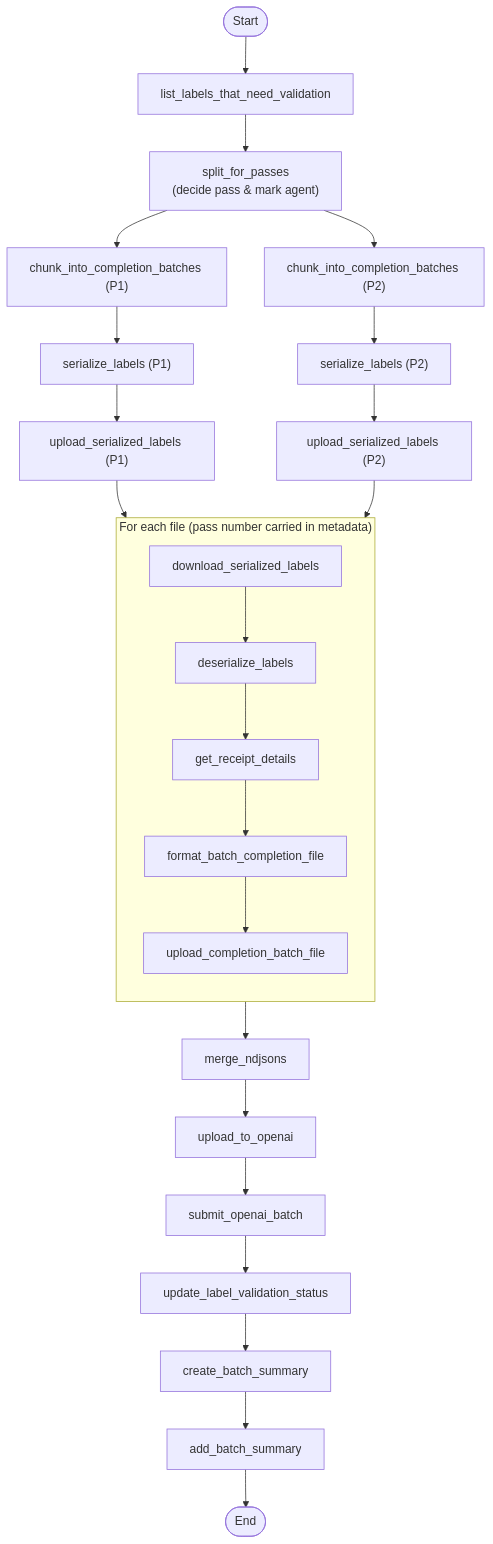
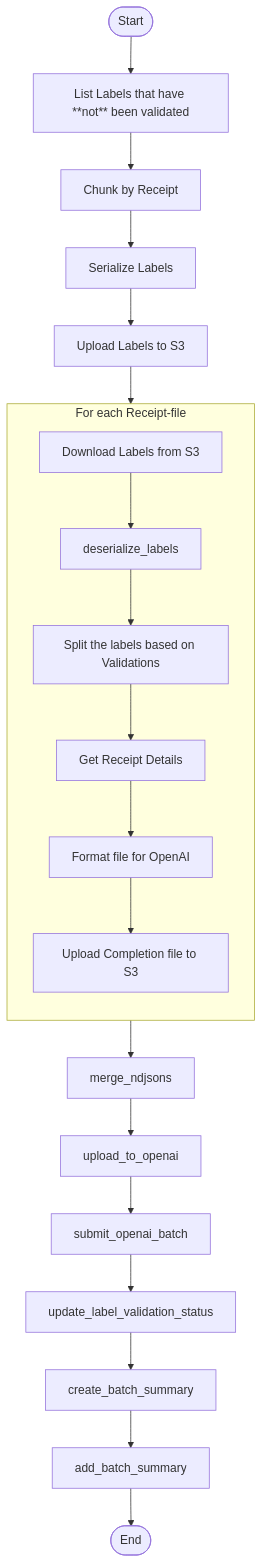
Before and after one commit to tnorlund/Portfolio: the diagram in receipt_label/receipt_label/submit_completion_batch/README.md, drawn with Mermaid. The commit also changed 6 other files, not shown here.

Commit message:
🔨 Starting second pass validation

````diff
--- a/receipt_label/receipt_label/submit_completion_batch/README.md
+++ b/receipt_label/receipt_label/submit_completion_batch/README.md
@@ -133,35 +133,28 @@
 ```mermaid
 flowchart TB
-    %% ───────── Stage 1  ─────────
-    Start([Start]) --> list_labels_that_need_validation
-    list_labels_that_need_validation --> split_for_passes["split_for_passes<br/>(decide pass & mark agent)"]
+    %% ───────── Stage 1 : List Labels that need Validation ─────────
+    Start([Start]) --> list_labels_that_need_validation["List Labels that have **not** been validated"]
+    list_labels_that_need_validation --> chunk_into_completion_batches["Chunk by Receipt"]
+    chunk_into_completion_batches --> serialize_labels["Serialize Labels"]
+    serialize_labels --> upload_serialized_labels["Upload Labels to S3"]
+    upload_serialized_labels --> PerReceiptMap
 
-    %% pass-1 path
-    split_for_passes --> chunk_p1["chunk_into_completion_batches (P1)"]
-    chunk_p1 --> serialize_p1["serialize_labels (P1)"]
-    serialize_p1 --> upload_p1["upload_serialized_labels (P1)"]
-
-    %% pass-2 path
-    split_for_passes --> chunk_p2["chunk_into_completion_batches (P2)"]
-    chunk_p2 --> serialize_p2["serialize_labels (P2)"]
-    serialize_p2 --> upload_p2["upload_serialized_labels (P2)"]
-
-    %% ───────── Stage 2 : Map  ─────────
-    upload_p1 & upload_p2 --> PerReceiptMap
-    subgraph PerReceiptMap["For each file (pass number carried in metadata)"]
+    %% ───────── Stage 2 : Format Completions ─────────
+    subgraph PerReceiptMap["For each Receipt-file"]
         direction TB
-        download_serialized_labels --> deserialize_labels
-        deserialize_labels --> get_receipt_details
-        get_receipt_details --> format_batch_completion_file
-        format_batch_completion_file --> upload_completion_batch_file
+        download_serialized_labels["Download Labels from S3"] --> deserialize_labels
+        deserialize_labels --> split_first_and_second_pass["Split the labels based on Validations"]
+        split_first_and_second_pass --> get_receipt_details["Get Receipt Details"]
+        get_receipt_details --> format_batch_completion_file["Format file for OpenAI"]
+        format_batch_completion_file --> upload_completion_batch_file["Upload Completion file to S3"]
     end
 
-    %% ───────── Stage 3  ─────────
+    %% ───────── Stage 3 : Batch for OpenAI ─────────
     PerReceiptMap --> merge_ndjsons
     merge_ndjsons --> upload_to_openai
     upload_to_openai --> submit_openai_batch
     submit_openai_batch --> update_label_validation_status
     update_label_validation_status --> create_batch_summary
     create_batch_summary --> add_batch_summary
     add_batch_summary --> End([End])
 ```
````
